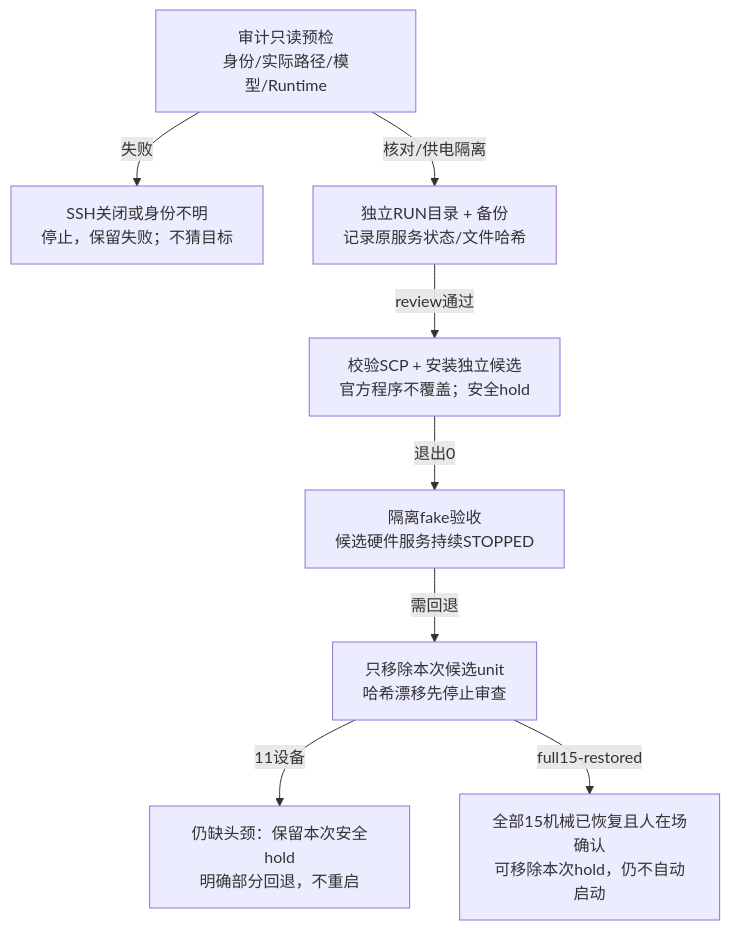
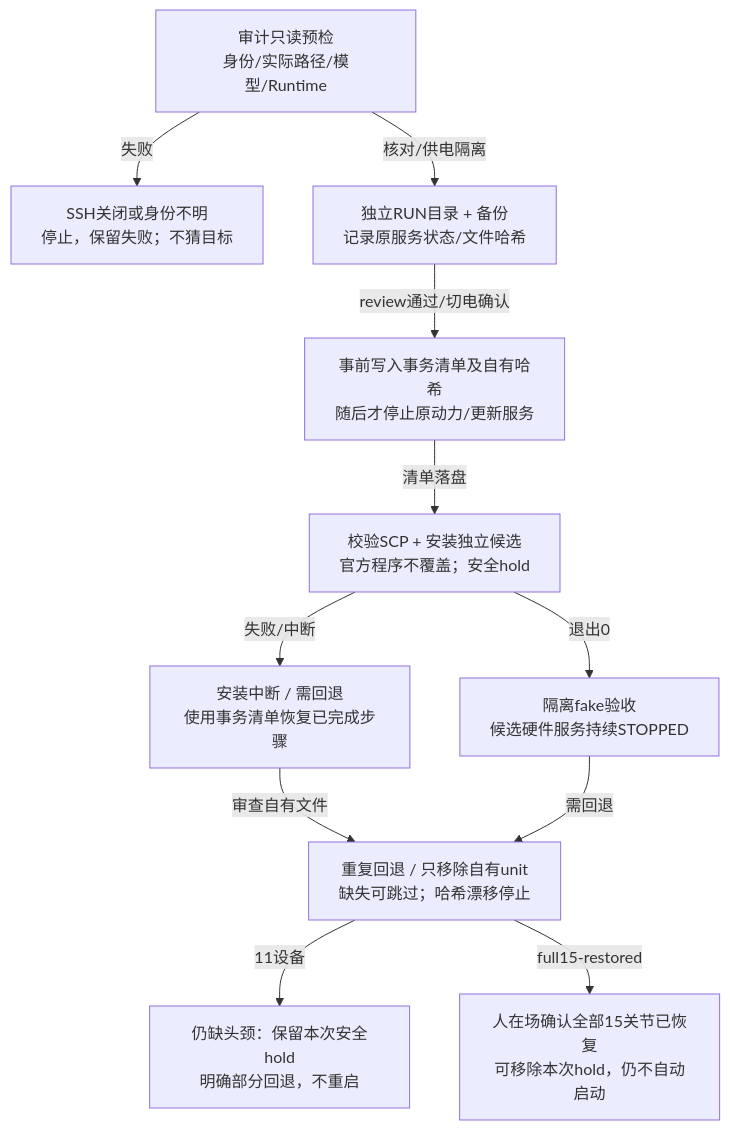
One commit to superobk/microduck changed the diagram in docs/zero3w-11servo/diagrams/deployment-rollback.mmd. Above: the diagram before and after it, drawn with Mermaid. The commit also changed 18 other files, not shown here.

```diff
--- a/docs/zero3w-11servo/diagrams/deployment-rollback.mmd
+++ b/docs/zero3w-11servo/diagrams/deployment-rollback.mmd
@@ -1,16 +1,21 @@
 flowchart TD
   pre["审计只读预检<br/>身份/实际路径/模型/Runtime"]
   ssh["SSH关闭或身份不明<br/>停止，保留失败；不猜目标"]
   backup["独立RUN目录 + 备份<br/>记录原服务状态/文件哈希"]
+  transaction["事前写入事务清单及自有哈希<br/>随后才停止原动力/更新服务"]
   install["校验SCP + 安装独立候选<br/>官方程序不覆盖；安全hold"]
+  interrupted["安装中断 / 需回退<br/>使用事务清单恢复已完成步骤"]
   fake["隔离fake验收<br/>候选硬件服务持续STOPPED"]
-  rollback["只移除本次候选unit<br/>哈希漂移先停止审查"]
+  rollback["重复回退 / 只移除自有unit<br/>缺失可跳过；哈希漂移停止"]
   missing["仍缺头颈：保留本次安全hold<br/>明确部分回退，不重启"]
-  full["全部15机械已恢复且人在场确认<br/>可移除本次hold，仍不自动启动"]
+  full["人在场确认全部15关节已恢复<br/>可移除本次hold，仍不自动启动"]
   pre -->|"失败"| ssh
   pre -->|"核对/供电隔离"| backup
-  backup -->|"review通过"| install
+  backup -->|"review通过/切电确认"| transaction
+  transaction -->|"清单落盘"| install
+  install -->|"失败/中断"| interrupted
+  interrupted -->|"审查自有文件"| rollback
   install -->|"退出0"| fake
   fake -->|"需回退"| rollback
   rollback -->|"11设备"| missing
   rollback -->|"full15-restored"| full
```
